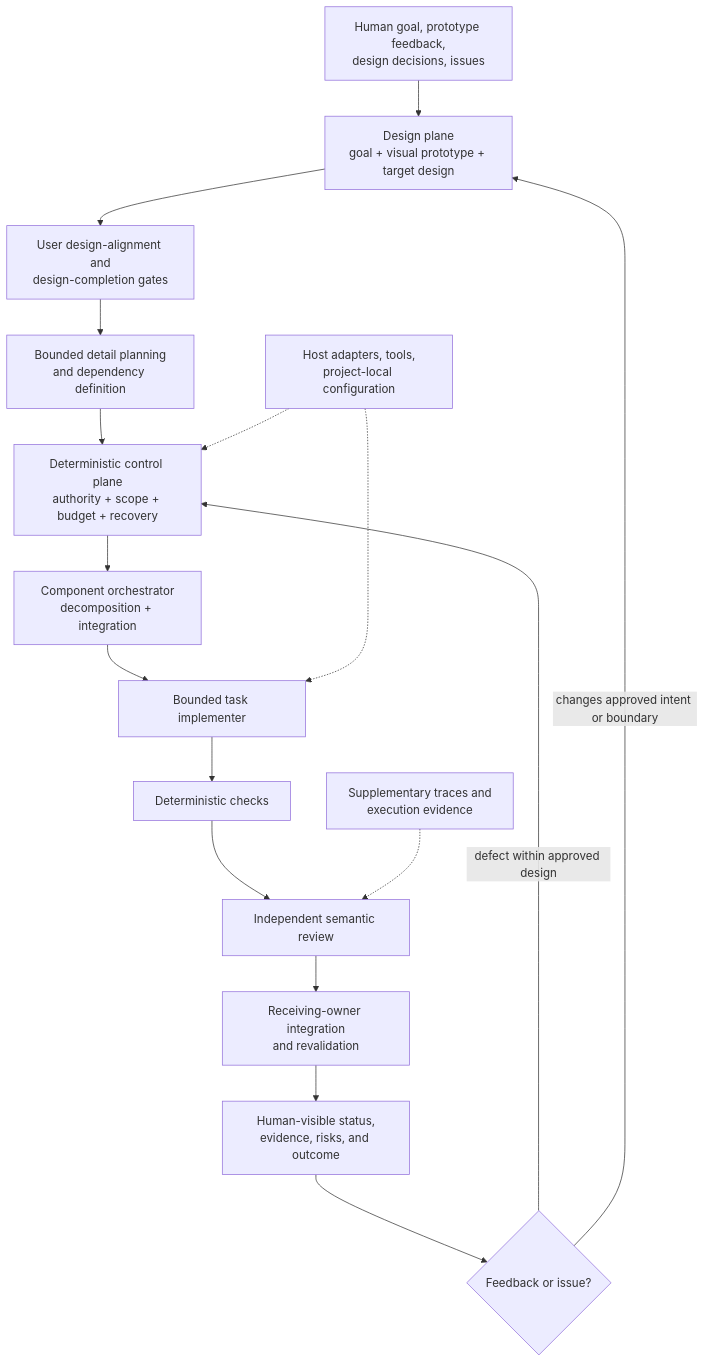
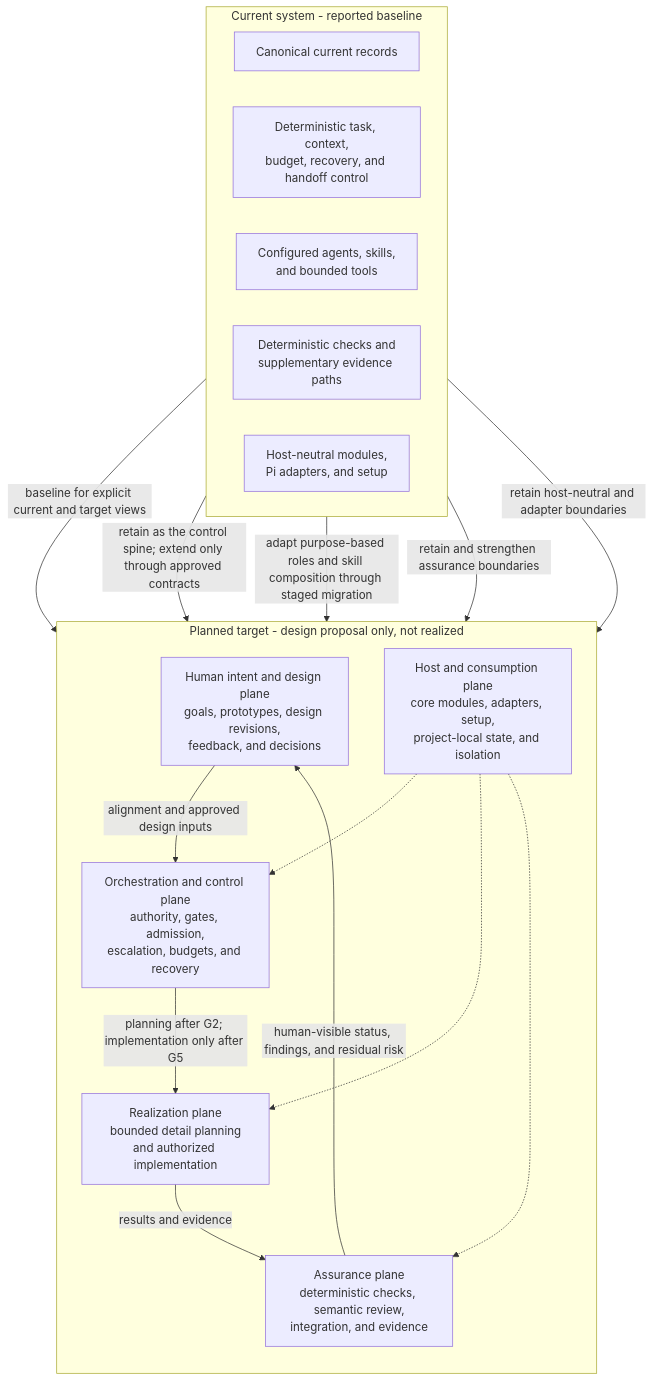
One commit to abstract-business-systems/as-is changed the first of 4 diagrams in drafts/agentic-development-system-high-level-design-draft5/target-design.md. Above: the diagram before and after it, drawn with Mermaid. The commit also changed other lines of this file and 6 other files, not shown here.

Commit message:
docs(design): refine target roles and planning gates

````diff
--- a/drafts/agentic-development-system-high-level-design-draft5/target-design.md
+++ b/drafts/agentic-development-system-high-level-design-draft5/target-design.md
@@ -145,22 +150,34 @@
 ```mermaid
 flowchart TB
-    Human["Human goal, prototype feedback,<br/>design decisions, issues"] --> Design["Design plane<br/>goal + visual prototype + target design"]
-    Design --> Gate["User design-alignment and<br/>design-completion gates"]
+    subgraph CURRENT["Current system - reported baseline"]
+        direction LR
+        C1["Canonical current records"]
+        C2["Deterministic task, context,<br/>budget, recovery, and handoff control"]
+        C3["Configured agents, skills,<br/>and bounded tools"]
+        C4["Deterministic checks and<br/>supplementary evidence paths"]
+        C5["Host-neutral modules,<br/>Pi adapters, and setup"]
+    end
 
-    Gate --> Planner["Bounded detail planning<br/>and dependency definition"]
-    Planner --> Control["Deterministic control plane<br/>authority + scope + budget + recovery"]
-    Control --> Builder["Component orchestrator<br/>decomposition + integration"]
-    Builder --> Worker["Bounded task implementer"]
-    Worker --> Checks["Deterministic checks"]
-    Checks --> Review["Independent semantic review"]
-    Review --> Integrate["Receiving-owner integration<br/>and revalidation"]
+    subgraph TARGET["Planned target - design proposal only, not realized"]
+        direction TB
+        H["Human intent and design plane<br/>goals, prototypes, design revisions,<br/>feedback, and decisions"]
+        O["Orchestration and control plane<br/>authority, gates, admission,<br/>escalation, budgets, and recovery"]
+        R["Realization plane<br/>bounded detail planning<br/>and authorized implementation"]
+        A["Assurance plane<br/>deterministic checks, semantic review,<br/>integration, and evidence"]
+        X["Host and consumption plane<br/>core modules, adapters, setup,<br/>project-local state, and isolation"]
 
-    Integrate --> Status["Human-visible status,<br/>evidence, risks, and outcome"]
-    Status --> Feedback{"Feedback or issue?"}
-    Feedback -->|defect within approved design| Control
-    Feedback -->|changes approved intent or boundary| Design
+        H -->|"alignment and approved design inputs"| O
+        O -->|"planning after G2; implementation only after G5"| R
+        R -->|"results and evidence"| A
+        A -->|"human-visible status, findings, and residual risk"| H
+        X -.-> O
+        X -.-> R
+        X -.-> A
+    end
 
-    Evidence["Supplementary traces and<br/>execution evidence"] -.-> Review
-    Host["Host adapters, tools,<br/>project-local configuration"] -.-> Control
-    Host -.-> Worker
+    C1 -->|"baseline for explicit current and target views"| H
+    C2 -->|"retain as the control spine; extend only through approved contracts"| O
+    C3 -->|"adapt purpose-based roles and skill composition through staged migration"| R
+    C4 -->|"retain and strengthen assurance boundaries"| A
+    C5 -->|"retain host-neutral and adapter boundaries"| X
 ```
````
